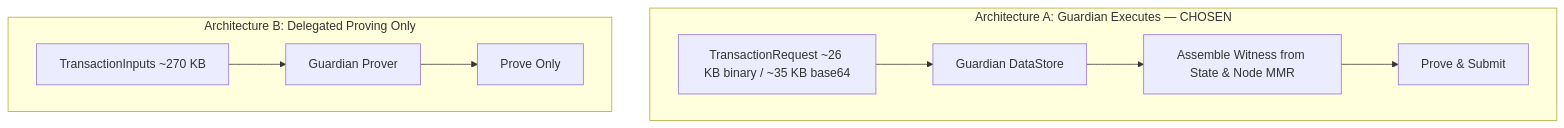
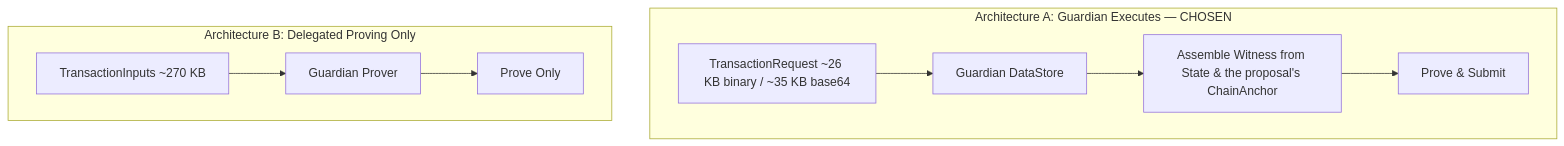
Before and after one commit to OpenZeppelin/guardian: the tenth of 11 diagrams in docs/rfcs/0001-server-side-transaction-execution.md, drawn with Mermaid. The commit also changed other lines of this file and 9 other files, not shown here.

````diff
--- a/docs/rfcs/0001-server-side-transaction-execution.md
+++ b/docs/rfcs/0001-server-side-transaction-execution.md
@@ -393,13 +397,13 @@
 ```mermaid
 flowchart TB
   subgraph ArchA [Architecture A: Guardian Executes — CHOSEN]
     ReqA[TransactionRequest ~26 KB binary / ~35 KB base64] --> StoreA[Guardian DataStore]
-    StoreA --> WitnessA[Assemble Witness from State & Node MMR]
+    StoreA --> WitnessA[Assemble Witness from State & the proposal's ChainAnchor]
     WitnessA --> ProveA[Prove & Submit]
   end
 
   subgraph ArchB [Architecture B: Delegated Proving Only]
     InputsB[TransactionInputs ~270 KB] --> DirectB[Guardian Prover]
     DirectB --> ProveB[Prove Only]
   end
 ```
````
